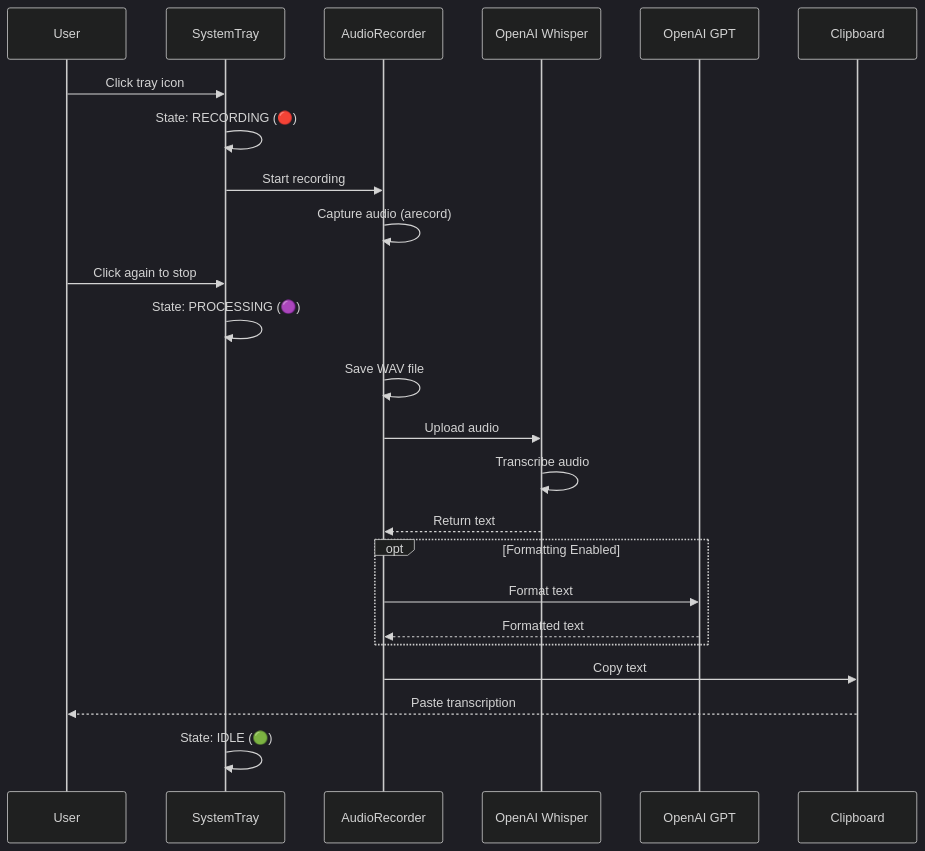
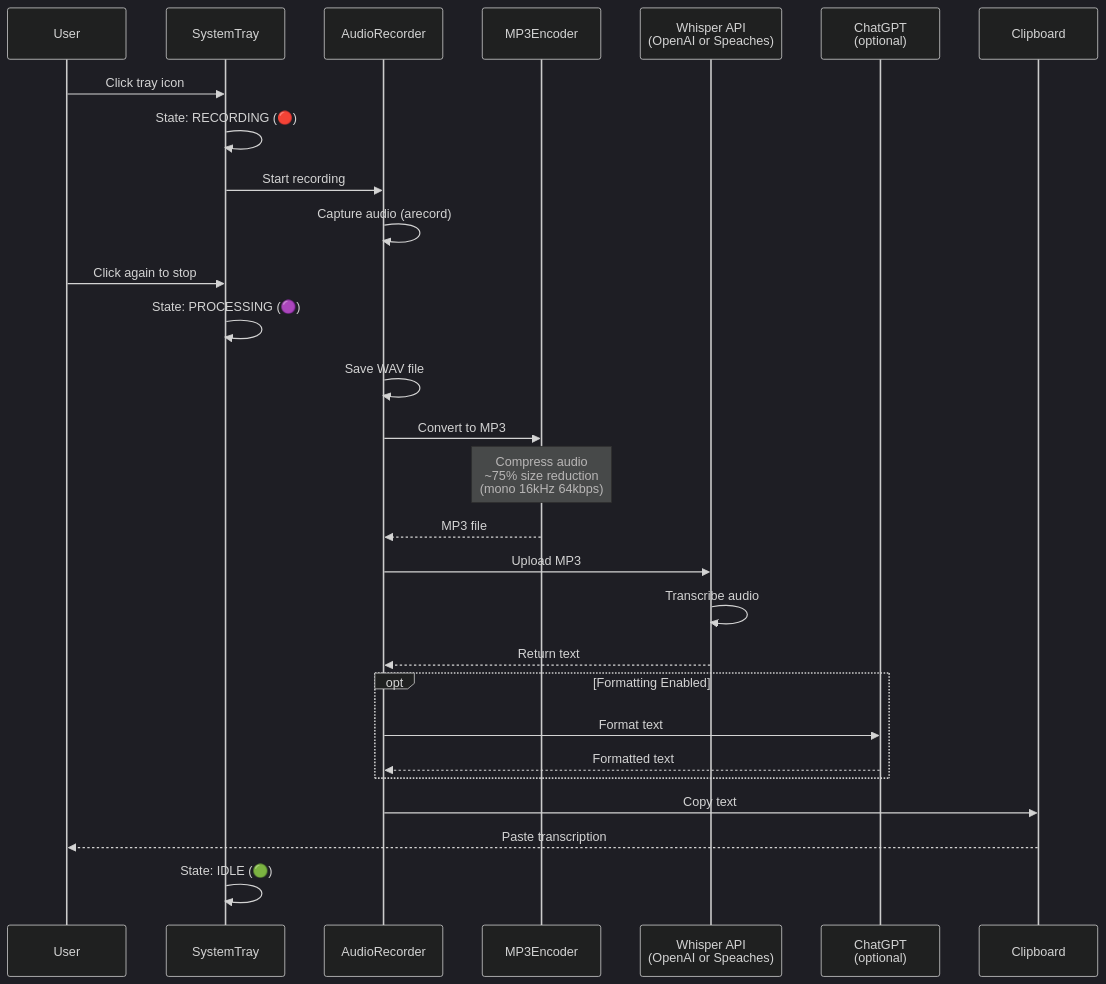
One commit to Nouuu/voice-transcriber changed the diagram in documentation/index.md. Above: the diagram before and after it, drawn with Mermaid (dark theme). The commit also changed other lines of this file and 6 other files, not shown here.

````diff
--- a/documentation/index.md
+++ b/documentation/index.md
@@ -106,27 +106,31 @@
 ```mermaid
 sequenceDiagram
     participant User
     participant SystemTray
     participant AudioRecorder
-    participant Whisper as OpenAI Whisper
-    participant GPT as OpenAI GPT
+    participant MP3Encoder
+    participant Backend as Whisper API<br/>(OpenAI or Speaches)
+    participant GPT as ChatGPT<br/>(optional)
     participant Clipboard
 
     User->>SystemTray: Click tray icon
     SystemTray->>SystemTray: State: RECORDING (🔴)
     SystemTray->>AudioRecorder: Start recording
     AudioRecorder->>AudioRecorder: Capture audio (arecord)
     User->>SystemTray: Click again to stop
     SystemTray->>SystemTray: State: PROCESSING (🟣)
     AudioRecorder->>AudioRecorder: Save WAV file
-    AudioRecorder->>Whisper: Upload audio
-    Whisper->>Whisper: Transcribe audio
-    Whisper-->>AudioRecorder: Return text
+    AudioRecorder->>MP3Encoder: Convert to MP3
+    Note over MP3Encoder: Compress audio<br/>~75% size reduction<br/>(mono 16kHz 64kbps)
+    MP3Encoder-->>AudioRecorder: MP3 file
+    AudioRecorder->>Backend: Upload MP3
+    Backend->>Backend: Transcribe audio
+    Backend-->>AudioRecorder: Return text
     opt Formatting Enabled
         AudioRecorder->>GPT: Format text
         GPT-->>AudioRecorder: Formatted text
     end
     AudioRecorder->>Clipboard: Copy text
     Clipboard-->>User: Paste transcription
     SystemTray->>SystemTray: State: IDLE (🟢)
 ```
````
